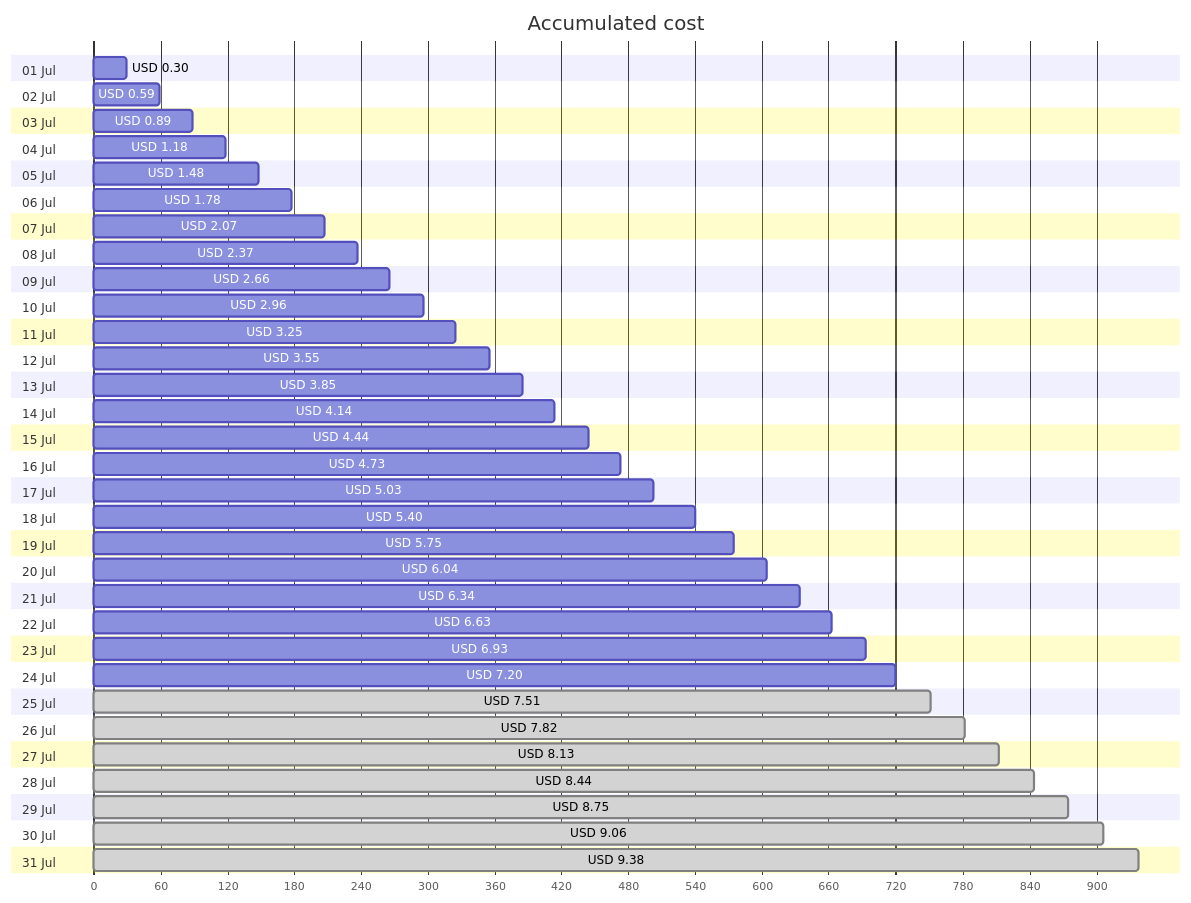
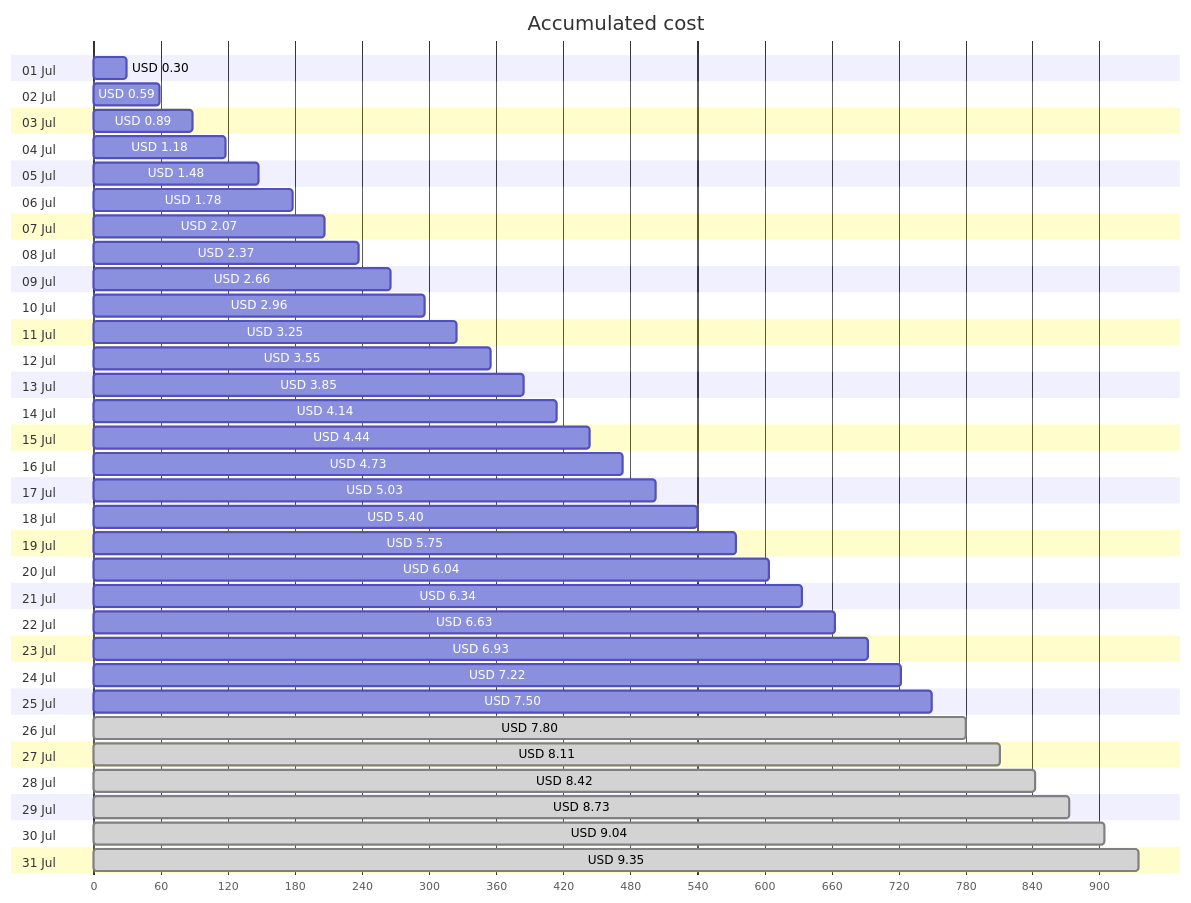
Before and after one commit to jpfulton/azure-personal-reports: the first of 4 diagrams in cost-reports/personal-site/personal-site-preview.md, drawn with Mermaid. The commit also changed other lines of this file and 6 other files, not shown here.

````diff
--- a/cost-reports/personal-site/personal-site-preview.md
+++ b/cost-reports/personal-site/personal-site-preview.md
@@ -20,68 +20,68 @@
 ```mermaid
 gantt
    title Accumulated cost
    dateFormat  X
    axisFormat %s
    section 01 Jul
    USD 0.30 :0, 30
    section 02 Jul
    USD 0.59 :0, 59
    section 03 Jul
    USD 0.89 :0, 89
    section 04 Jul
    USD 1.18 :0, 118
    section 05 Jul
    USD 1.48 :0, 148
    section 06 Jul
    USD 1.78 :0, 178
    section 07 Jul
    USD 2.07 :0, 207
    section 08 Jul
    USD 2.37 :0, 237
    section 09 Jul
    USD 2.66 :0, 266
    section 10 Jul
    USD 2.96 :0, 296
    section 11 Jul
    USD 3.25 :0, 325
    section 12 Jul
    USD 3.55 :0, 355
    section 13 Jul
    USD 3.85 :0, 385
    section 14 Jul
    USD 4.14 :0, 414
    section 15 Jul
    USD 4.44 :0, 444
    section 16 Jul
    USD 4.73 :0, 473
    section 17 Jul
    USD 5.03 :0, 503
    section 18 Jul
    USD 5.40 :0, 540
    section 19 Jul
    USD 5.75 :0, 575
    section 20 Jul
    USD 6.04 :0, 604
    section 21 Jul
    USD 6.34 :0, 634
    section 22 Jul
    USD 6.63 :0, 663
    section 23 Jul
    USD 6.93 :0, 693
    section 24 Jul
-   USD 7.20 :0, 720
+   USD 7.22 :0, 722
    section 25 Jul
-   USD 7.51 : done, 0, 751
+   USD 7.50 :0, 750
    section 26 Jul
-   USD 7.82 : done, 0, 782
+   USD 7.80 : done, 0, 780
    section 27 Jul
-   USD 8.13 : done, 0, 813
+   USD 8.11 : done, 0, 811
    section 28 Jul
-   USD 8.44 : done, 0, 844
+   USD 8.42 : done, 0, 842
    section 29 Jul
-   USD 8.75 : done, 0, 875
+   USD 8.73 : done, 0, 873
    section 30 Jul
-   USD 9.06 : done, 0, 906
+   USD 9.04 : done, 0, 904
    section 31 Jul
-   USD 9.38 : done, 0, 938
+   USD 9.35 : done, 0, 935
 ```
````
